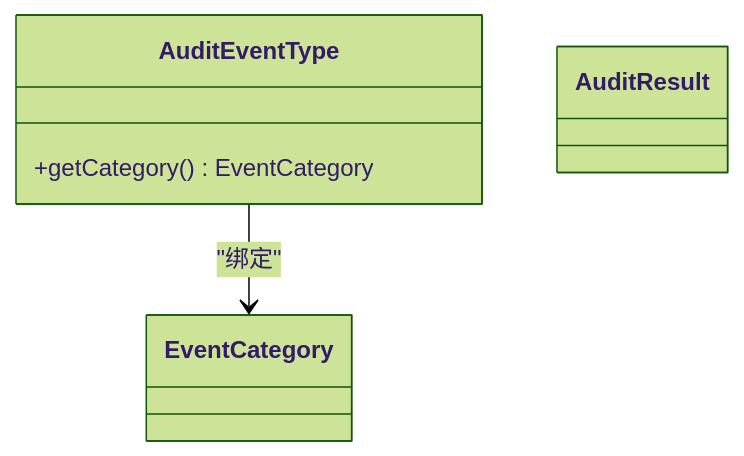
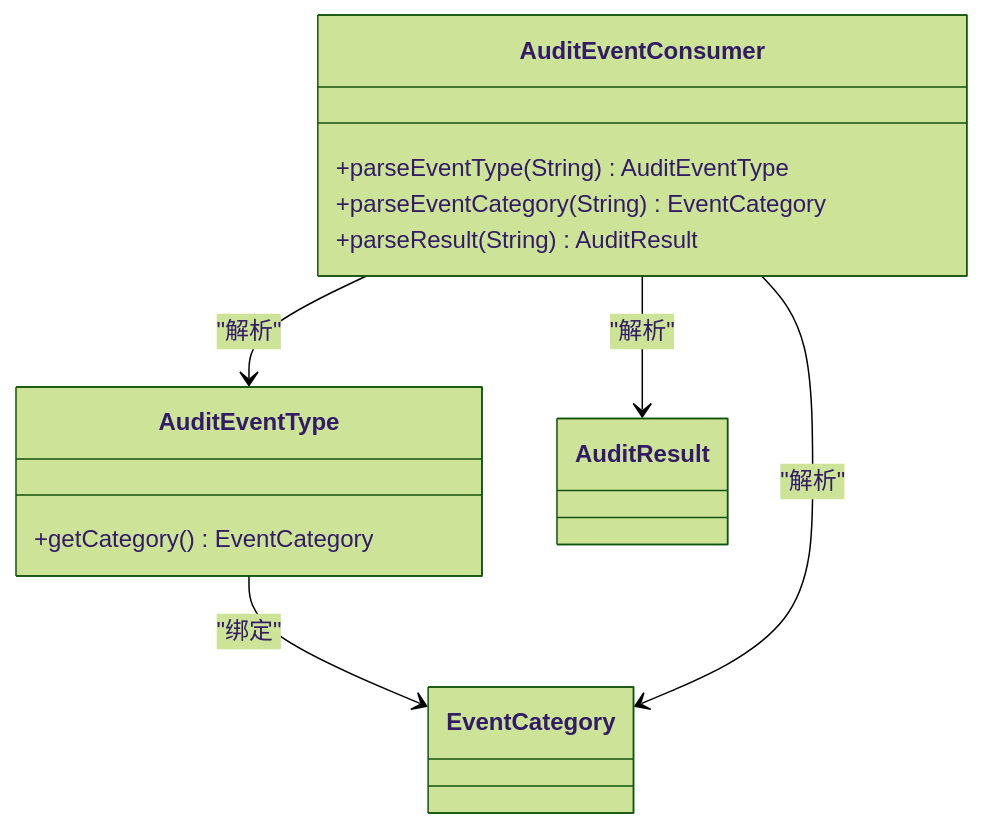
One commit to fq0121104930716/iam-platform changed the third of 9 diagrams in .qoder/repowiki/zh/content/数据库设计/数据库架构/审计日志表.md. Above: the diagram before and after it, drawn with Mermaid (forest theme). The commit also changed other lines of this file and 219 other files, not shown here.

````diff
--- a/.qoder/repowiki/zh/content/数据库设计/数据库架构/审计日志表.md
+++ b/.qoder/repowiki/zh/content/数据库设计/数据库架构/审计日志表.md
@@ -185,11 +217,19 @@
 ```mermaid
 classDiagram
 class AuditEventType {
 +getCategory() EventCategory
 }
 class EventCategory {
 }
 class AuditResult {
 }
+class AuditEventConsumer {
++parseEventType(String) AuditEventType
++parseEventCategory(String) EventCategory
++parseResult(String) AuditResult
+}
 AuditEventType --> EventCategory : "绑定"
+AuditEventConsumer --> AuditEventType : "解析"
+AuditEventConsumer --> EventCategory : "解析"
+AuditEventConsumer --> AuditResult : "解析"
 ```
````
